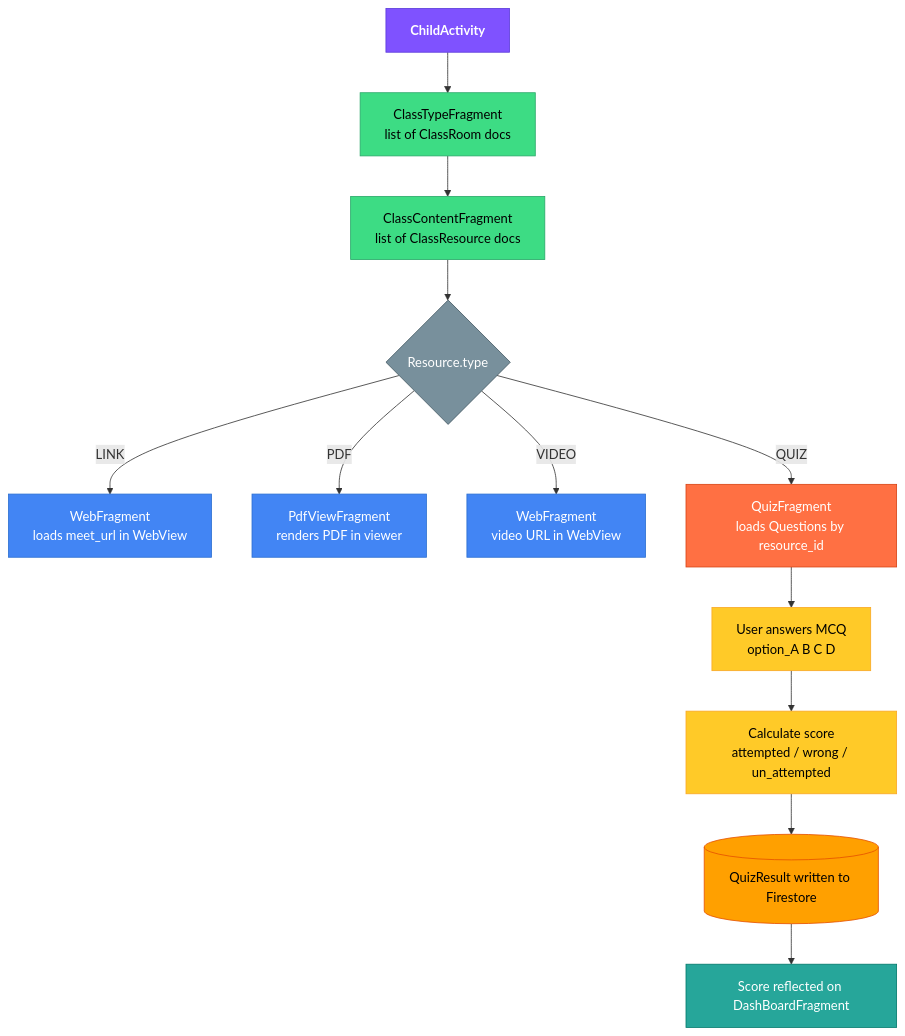
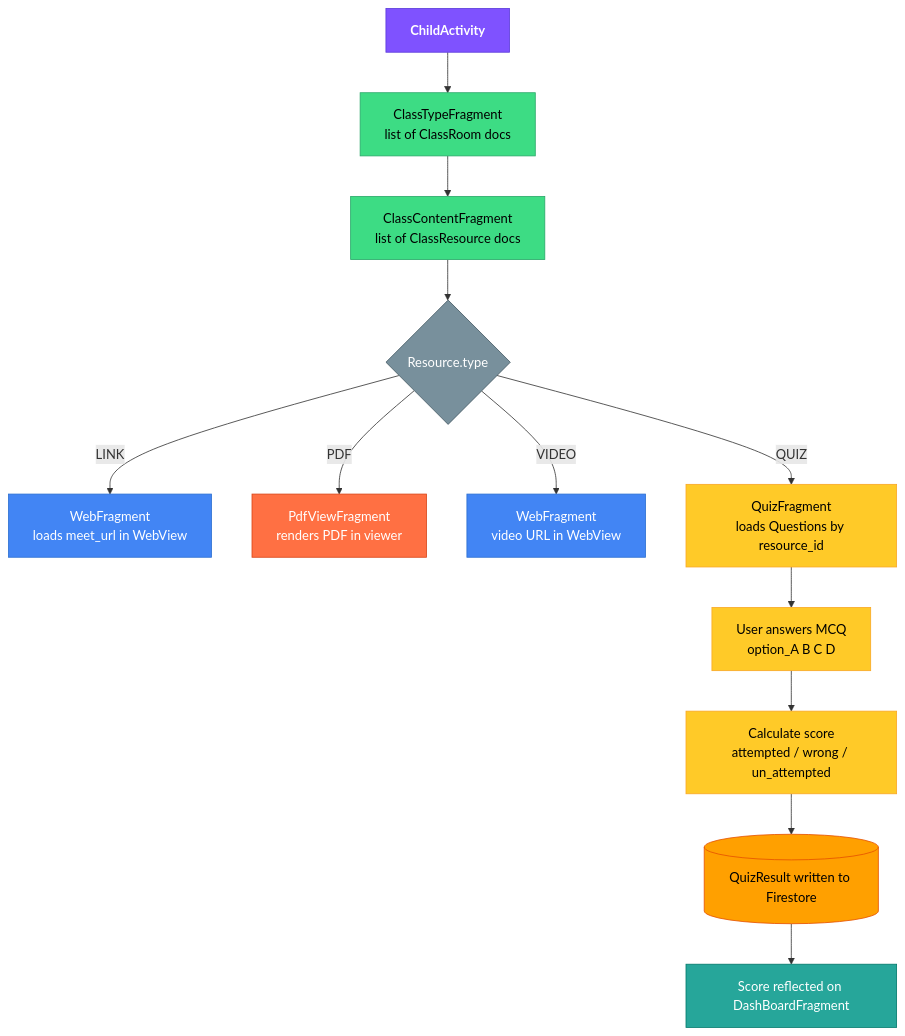
The fifth of 5 diagrams in README.md (PRADEEPERIYASAMY/funlearn_app), drawn with Mermaid before and after one commit. The commit also changed other lines of this file, not shown here.

````diff
--- a/README.md
+++ b/README.md
@@ -1058,39 +429,39 @@
 ```mermaid
 flowchart TD
     CHILD[ChildActivity]
     CLASS_TYPE["ClassTypeFragment\nlist of ClassRoom docs"]
     CLASS_CONTENT["ClassContentFragment\nlist of ClassResource docs"]
     RES_TYPE{Resource.type}
     WEB["WebFragment\nloads meet_url in WebView"]
     PDF["PdfViewFragment\nrenders PDF in viewer"]
     VIDEO["WebFragment\nvideo URL in WebView"]
     QUIZ["QuizFragment\nloads Questions by resource_id"]
     ANSWER["User answers MCQ\noption_A B C D"]
     SCORE["Calculate score\nattempted / wrong / un_attempted"]
     RESULT[(QuizResult written to Firestore)]
     DASH[Score reflected on DashBoardFragment]
 
     CHILD --> CLASS_TYPE --> CLASS_CONTENT --> RES_TYPE
     RES_TYPE -->|LINK| WEB
     RES_TYPE -->|PDF| PDF
     RES_TYPE -->|VIDEO| VIDEO
     RES_TYPE -->|QUIZ| QUIZ --> ANSWER --> SCORE --> RESULT --> DASH
 
     classDef activity fill:#7F52FF,stroke:#5a3adb,color:#fff,font-weight:bold
     classDef listFrag fill:#3DDC84,stroke:#2ba86a,color:#000
     classDef decision fill:#78909C,stroke:#455A64,color:#fff
     classDef linkRes fill:#4285F4,stroke:#2c6fd1,color:#fff
     classDef quizRes fill:#FF7043,stroke:#d84315,color:#fff
     classDef quizFlow fill:#FFCA28,stroke:#f9a825,color:#000
     classDef store fill:#FFA000,stroke:#e65100,color:#000
     classDef dashboard fill:#26A69A,stroke:#00796B,color:#fff
 
     class CHILD activity
     class CLASS_TYPE,CLASS_CONTENT listFrag
     class RES_TYPE decision
-    class WEB,PDF,VIDEO linkRes
-    class QUIZ quizRes
-    class ANSWER,SCORE quizFlow
+    class WEB,VIDEO linkRes
+    class PDF quizRes
+    class QUIZ,ANSWER,SCORE quizFlow
     class RESULT store
     class DASH dashboard
 ```
````
